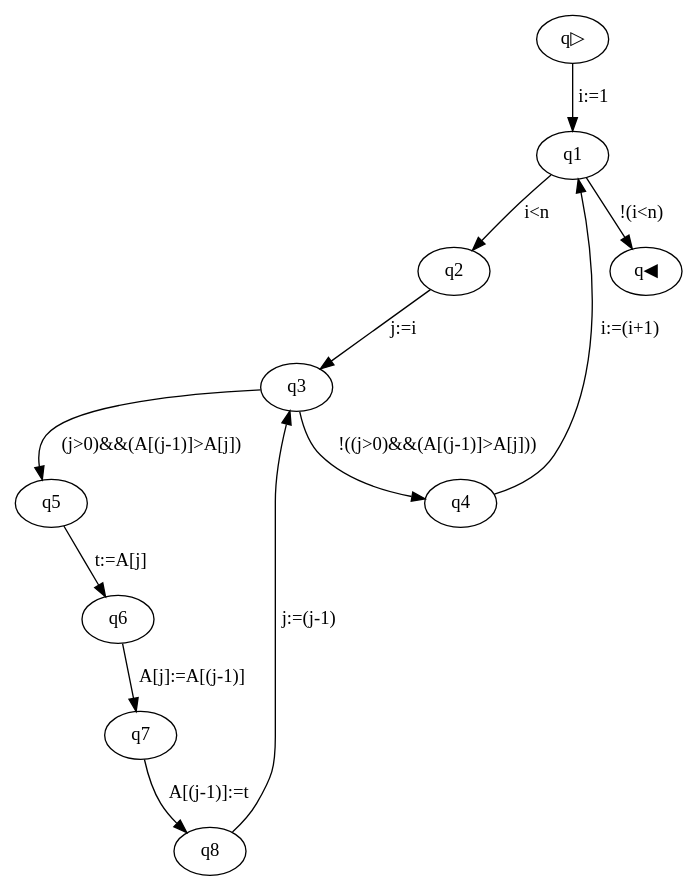
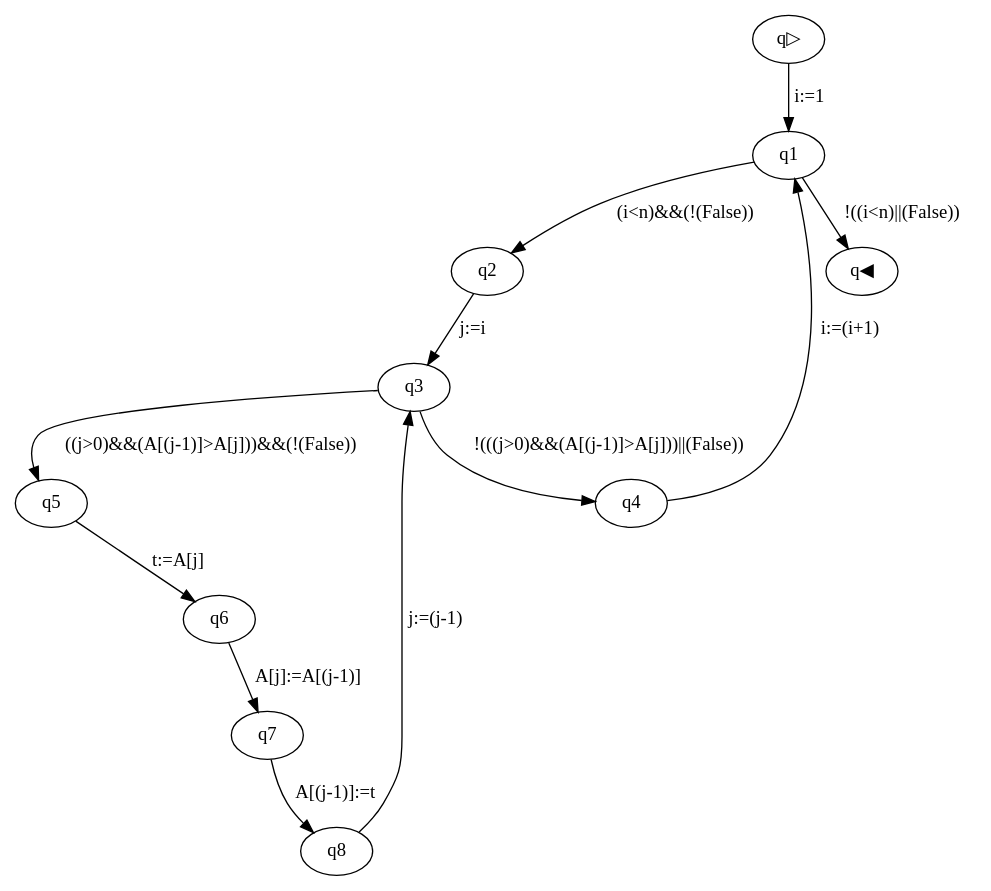
One commit to JepMik/GCL-Build-Analyse-Tool changed the diagram in FilesOUT/graph.dot. Above: the diagram before and after it, drawn with Graphviz. The commit also changed 3 other files, not shown here.

```diff
--- a/FilesOUT/graph.dot
+++ b/FilesOUT/graph.dot
@@ -1,13 +1,13 @@
 strict digraph {
 q▷ -> q1[label="i:=1"];
-q1 -> q2[label="i<n"];
+q1 -> q2[label="(i<n)&&(!(False))"];
 q2 -> q3[label="j:=i"];
-q3 -> q5[label="(j>0)&&(A[(j-1)]>A[j])"];
+q3 -> q5[label="((j>0)&&(A[(j-1)]>A[j]))&&(!(False))"];
 q5 -> q6[label="t:=A[j]"];
 q6 -> q7[label="A[j]:=A[(j-1)]"];
 q7 -> q8[label="A[(j-1)]:=t"];
 q8 -> q3[label="j:=(j-1)"];
-q3 -> q4[label="!((j>0)&&(A[(j-1)]>A[j]))"];
+q3 -> q4[label="!(((j>0)&&(A[(j-1)]>A[j]))||(False))"];
 q4 -> q1[label="i:=(i+1)"];
-q1 -> q◀[label="!(i<n)"];
+q1 -> q◀[label="!((i<n)||(False))"];
 }
```
